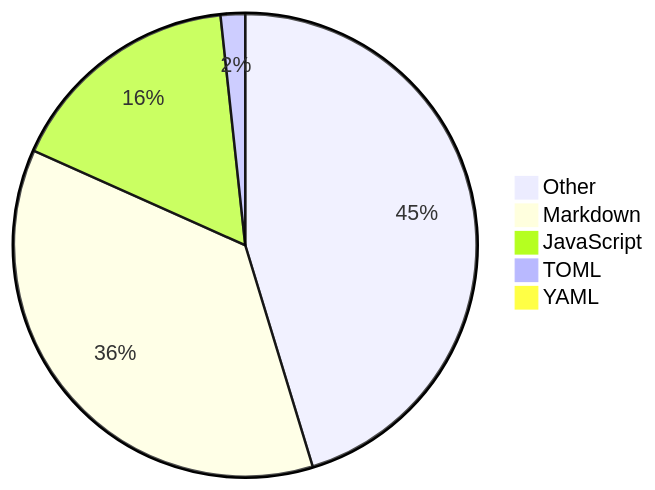
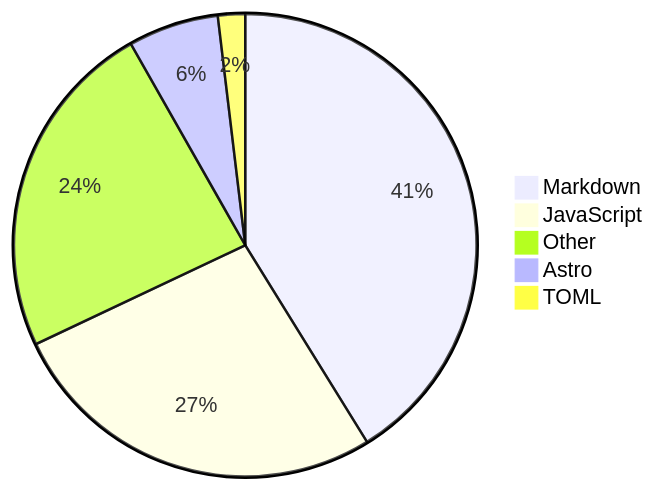
Before and after one commit to Alicia111/alicia111: the diagram in README.md, drawn with Mermaid.

Commit message:
Update WakaTime stats (・ω・)b

````diff
--- a/README.md
+++ b/README.md
@@ -32,8 +32,8 @@
 ```mermaid
 pie
-    "Other" : 44.25
-    "Markdown" : 35.56
-    "JavaScript" : 16.22
-    "TOML" : 1.67
-    "YAML" : 0.75
+    "Markdown" : 39.66
+    "JavaScript" : 25.81
+    "Other" : 22.92
+    "Astro" : 6.09
+    "TOML" : 1.83
 ```
````
